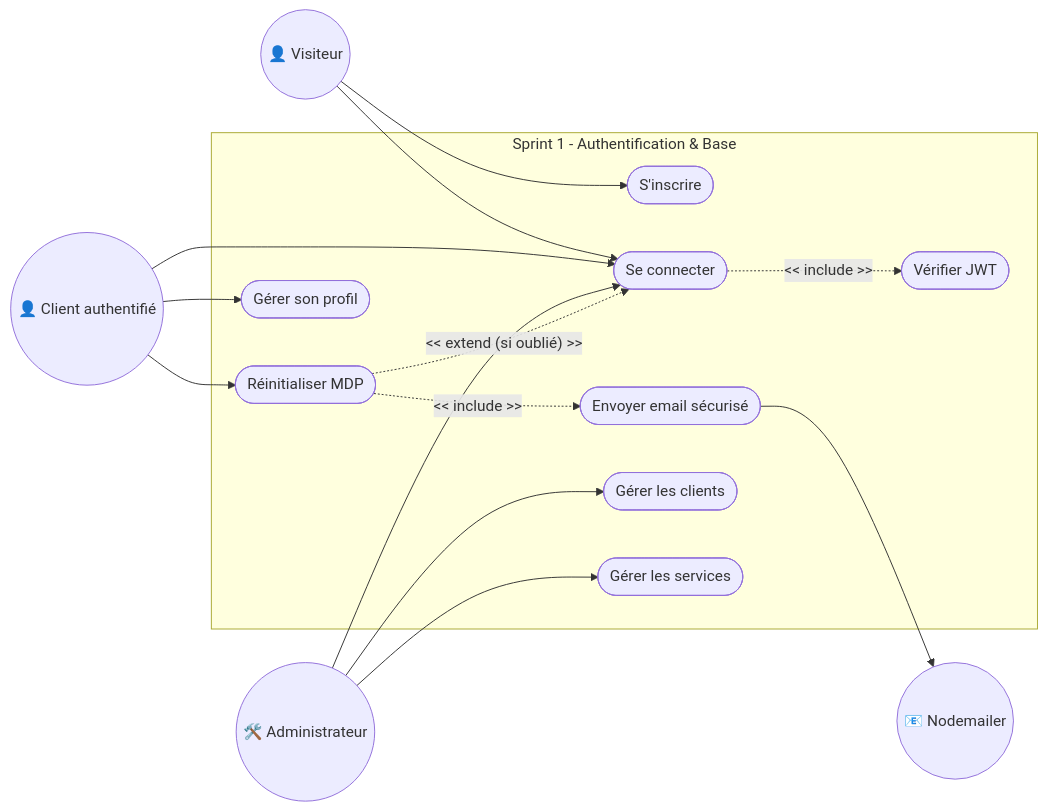
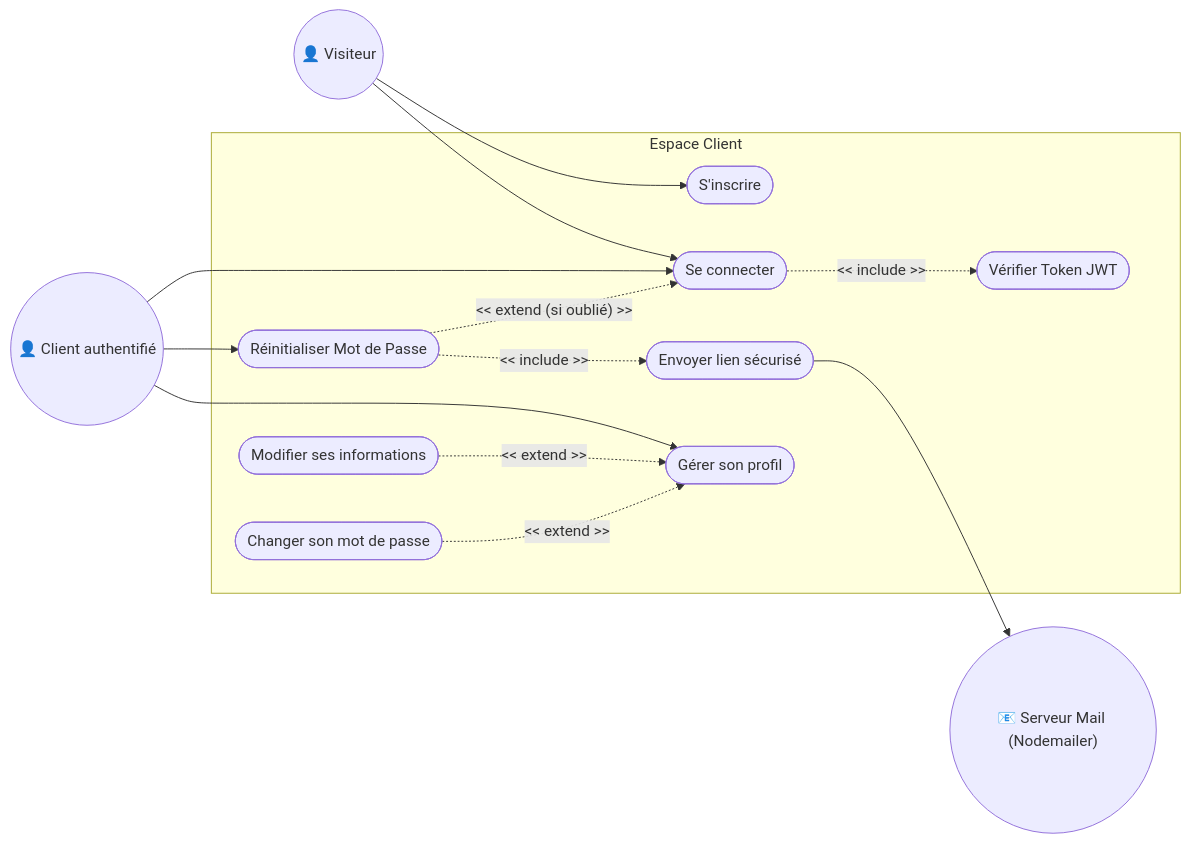
One commit to Yas-sin-e/stage changed the third of 20 diagrams in CHAPITRE_3_FINAL.md. Above: the diagram before and after it, drawn with Mermaid. The commit also changed other lines of this file and 4 other files, not shown here.

````diff
--- a/CHAPITRE_3_FINAL.md
+++ b/CHAPITRE_3_FINAL.md
@@ -102,36 +102,38 @@
 ```mermaid
 flowchart LR
     %% Acteurs
     V(("👤 Visiteur"))
     C(("👤 Client authentifié"))
-    A(("🛠️ Administrateur"))
-    MAIL(("📧 Nodemailer"))
+    MAIL(("📧 Serveur Mail (Nodemailer)"))
 
     %% Cas d'utilisation
-    subgraph Sprint 1 - Authentification & Base
+    subgraph Espace Client
         UC_REG([S'inscrire])
         UC_LOG([Se connecter])
-        UC_JWT([Vérifier JWT])
-        UC_RESET([Réinitialiser MDP])
-        UC_EMAIL([Envoyer email sécurisé])
+        UC_JWT([Vérifier Token JWT])
+        UC_RESET([Réinitialiser Mot de Passe])
+        UC_EMAIL([Envoyer lien sécurisé])
+
         UC_PROFIL([Gérer son profil])
-        UC_CLIENTS([Gérer les clients])
-        UC_SERV([Gérer les services])
+        UC_MOD_INFO([Modifier ses informations])
+        UC_UPD_MDP([Changer son mot de passe])
     end
 
-    %% Relations Acteurs -> Cas
+    %% Relations
     V --> UC_REG
     V --> UC_LOG
+
     C --> UC_LOG
     C --> UC_PROFIL
     C --> UC_RESET
-    A --> UC_LOG
-    A --> UC_CLIENTS
-    A --> UC_SERV
+
     UC_EMAIL --> MAIL
 
-    %% Relations Include/Extend
+    %% Includes & Extends
     UC_LOG -. "<< include >>" .-> UC_JWT
     UC_RESET -. "<< include >>" .-> UC_EMAIL
     UC_RESET -. "<< extend (si oublié) >>" .-> UC_LOG
+
+    UC_MOD_INFO -. "<< extend >>" .-> UC_PROFIL
+    UC_UPD_MDP -. "<< extend >>" .-> UC_PROFIL
 ```
````
